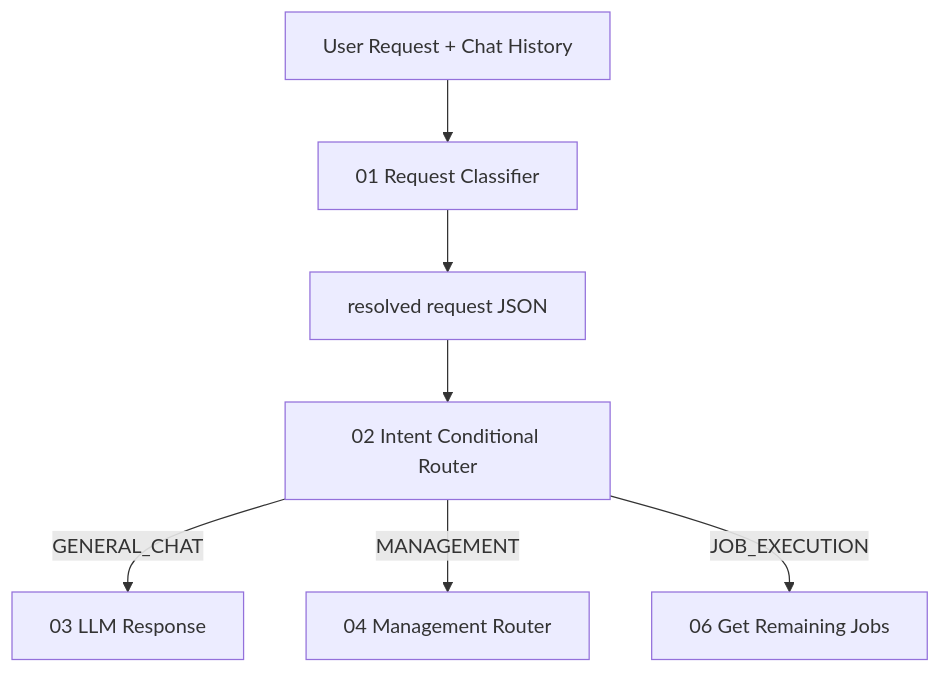
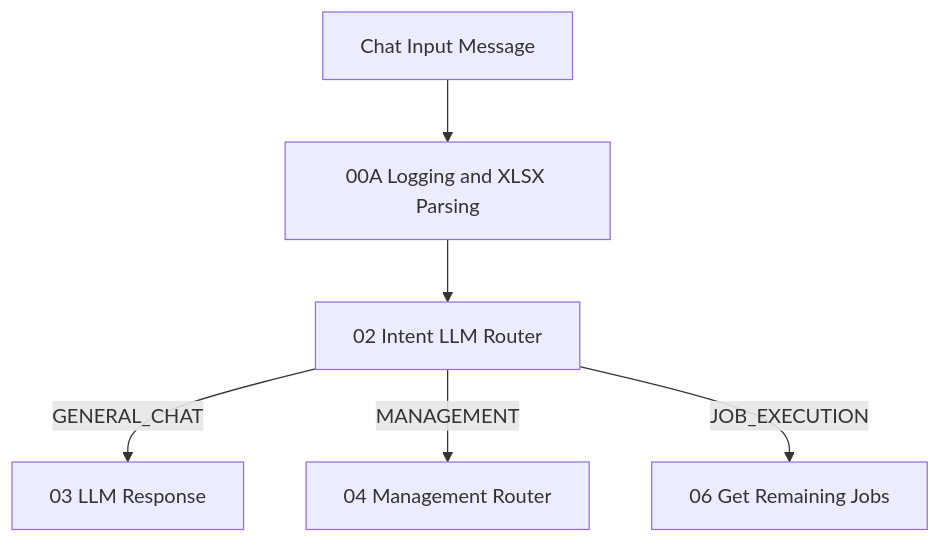
The first of 4 diagrams in smartMigrate_2.0_Langflow/00_guide/00_architecture_chapter2_chat_management.md (seongikjin227-jpg/refactoring_smartMigrate), drawn with Mermaid before and after one commit. The commit also changed other lines of this file and 28 other files, not shown here.

````diff
--- a/smartMigrate_2.0_Langflow/00_guide/00_architecture_chapter2_chat_management.md
+++ b/smartMigrate_2.0_Langflow/00_guide/00_architecture_chapter2_chat_management.md
@@ -7,9 +7,8 @@
 ```mermaid
 flowchart TD
-    IN[User Request + Chat History] --> C01[01 Request Classifier]
-    C01 --> JSON01[resolved request JSON]
-    JSON01 --> R02[02 Intent Conditional Router]
+    IN[Chat Input Message] --> A00[00A Logging and XLSX Parsing]
+    A00 --> R02[02 Intent LLM Router]
     R02 -->|GENERAL_CHAT| G03[03 LLM Response]
     R02 -->|MANAGEMENT| M04[04 Management Router]
     R02 -->|JOB_EXECUTION| J06[06 Get Remaining Jobs]
 ```
````
